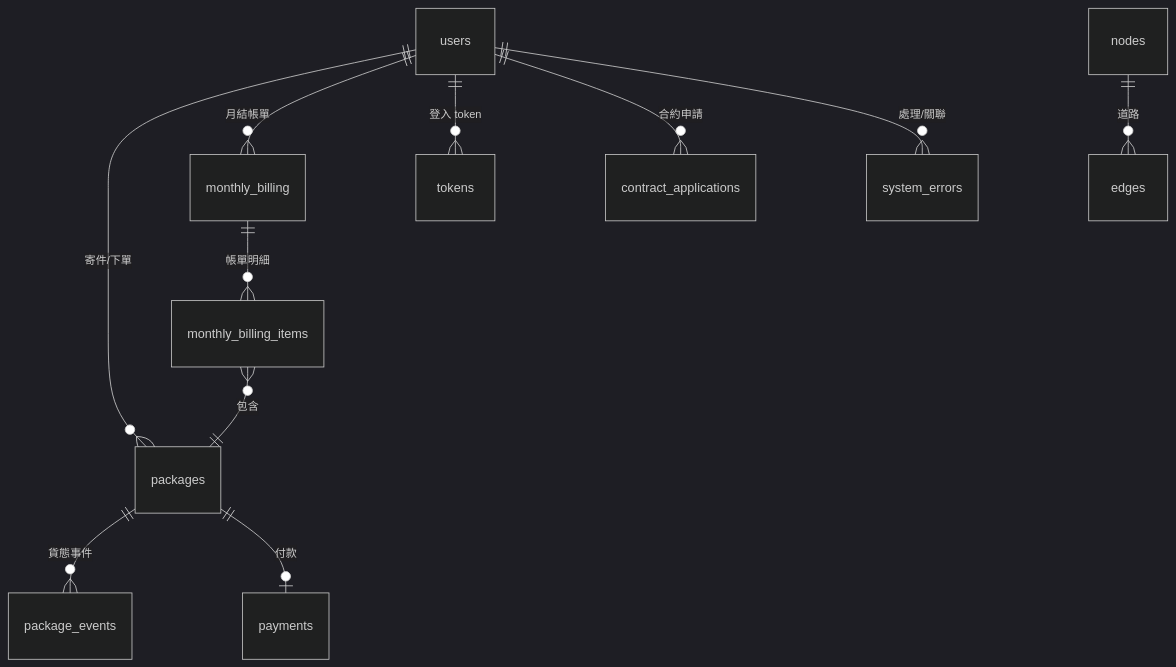
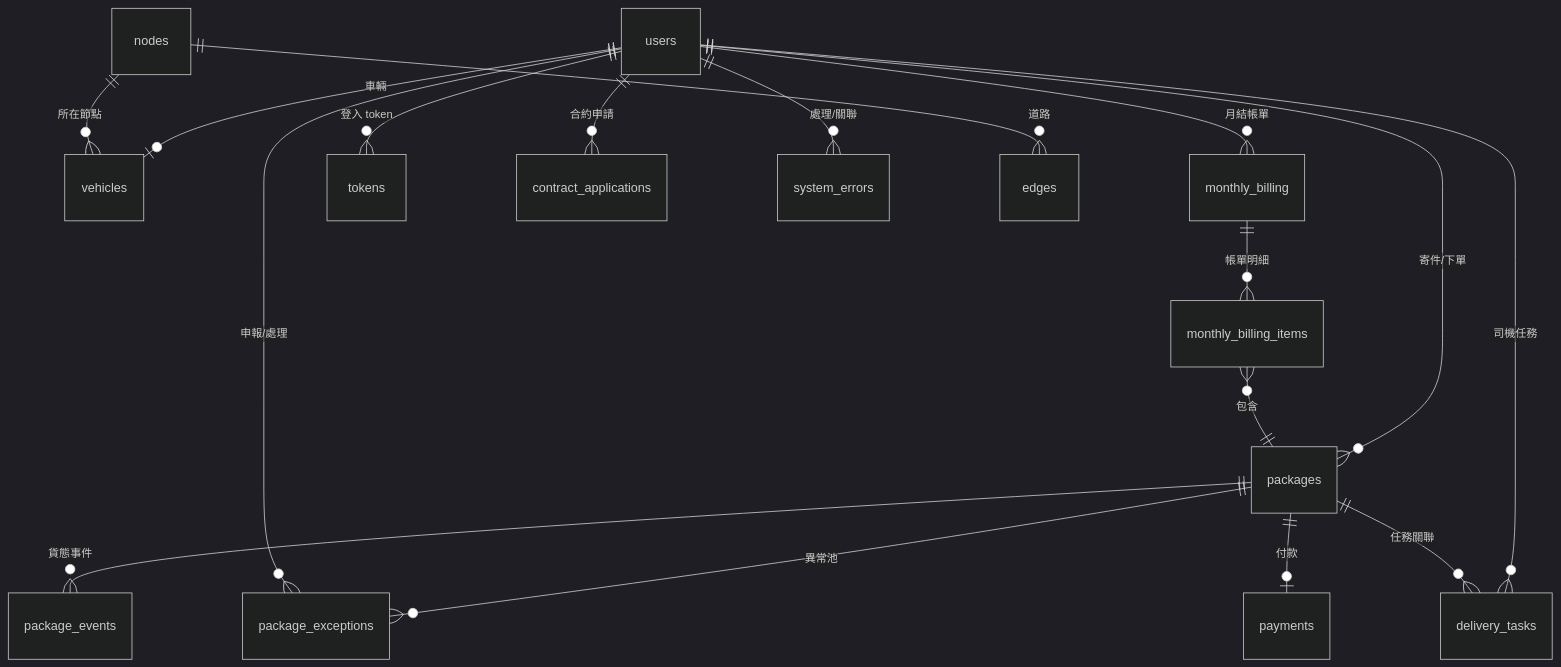
One commit to bowen12274Bot/Logistics_tracking_system changed the diagram in docs/database-schema.md. Above: the diagram before and after it, drawn with Mermaid (dark theme). The commit also changed other lines of this file and 4 other files, not shown here.

````diff
--- a/docs/database-schema.md
+++ b/docs/database-schema.md
@@ -235,13 +322,19 @@
 ```mermaid
 erDiagram
     users ||--o{ packages : "寄件/下單"
     packages ||--o{ package_events : "貨態事件"
     packages ||--o| payments : "付款"
+    packages ||--o{ package_exceptions : "異常池"
+    users ||--o{ package_exceptions : "申報/處理"
+    users ||--o{ delivery_tasks : "司機任務"
+    packages ||--o{ delivery_tasks : "任務關聯"
+    users ||--o| vehicles : "車輛"
+    nodes ||--o{ vehicles : "所在節點"
     users ||--o{ monthly_billing : "月結帳單"
     monthly_billing ||--o{ monthly_billing_items : "帳單明細"
     monthly_billing_items }o--|| packages : "包含"
     users ||--o{ tokens : "登入 token"
     users ||--o{ contract_applications : "合約申請"
     users ||--o{ system_errors : "處理/關聯"
     nodes ||--o{ edges : "道路"
 ```
````
